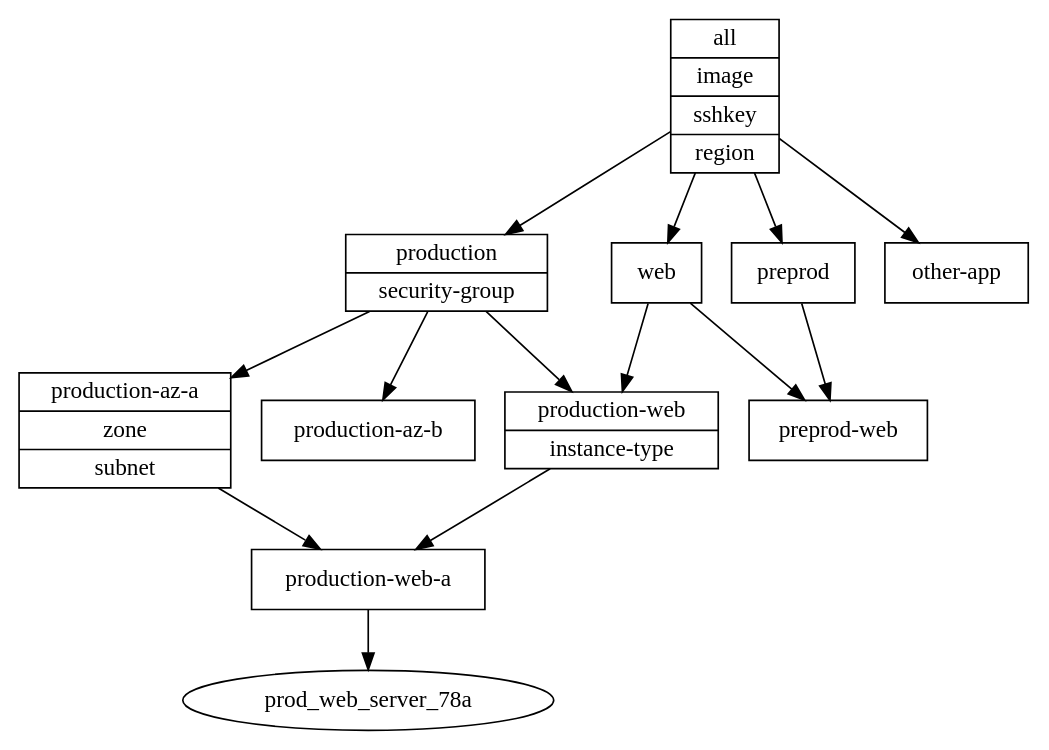
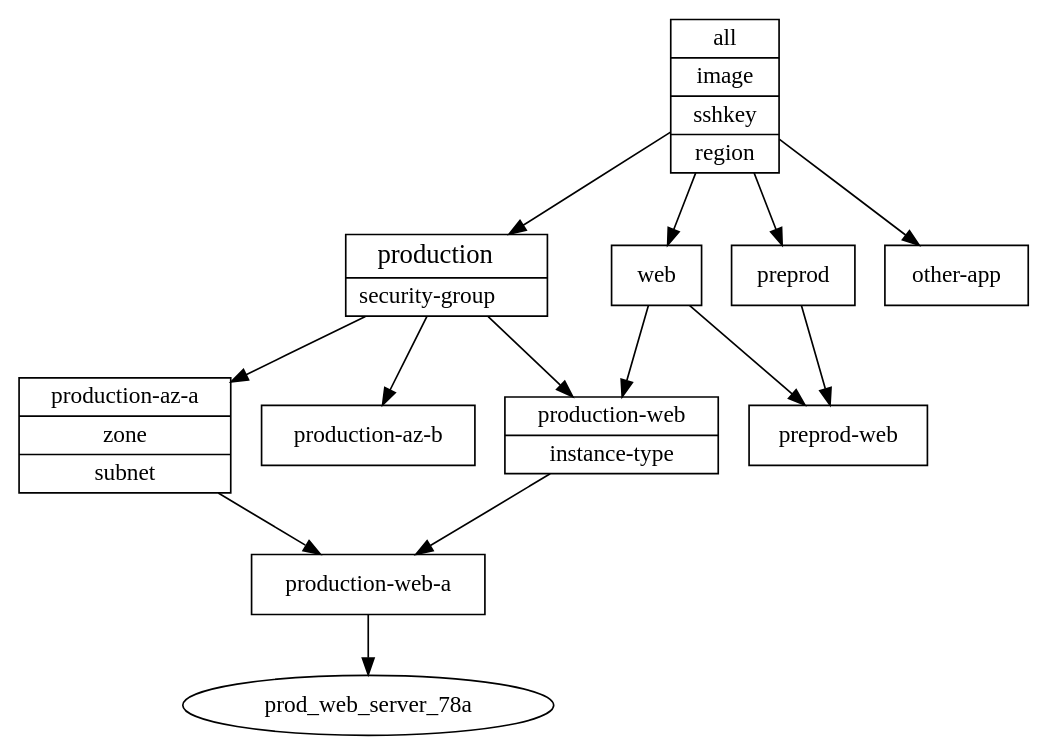
The diagram in dot/inventory.dot (willthames/willthames.github.io), drawn with Graphviz before and after one commit.

Commit message:
Attempted to improve labels for nodes

```diff
--- a/dot/inventory.dot
+++ b/dot/inventory.dot
@@ -1,26 +1,26 @@
 digraph inventory { 
   all -> production;
   all -> preprod;
   all -> web;
   all -> other_app;
   production -> production_az_a;
   production -> production_az_b;
   production -> production_web;
   web -> production_web
   web -> preprod_web
   preprod -> preprod_web;
   production_az_a -> production_web_a;
   production_web_a -> prod_web_server_78a;
   production_web -> production_web_a;
-  production [shape=record; label="{production|security-group}"]
+  production [shape=record; label=<{<font face="Times-New-Roman" point-size="16">production</font>|security-group}>]
   production_web [shape=record; label="{production-web|instance-type}"]
   preprod_web [shape=record; label="preprod-web"]
   production_web_a [shape=record; label="production-web-a"]
   production_az_a [shape=record; label="{production-az-a|zone|subnet}"]
   production_az_b [shape=record; label="production-az-b"]
   web [shape=record; label="web"]
   all [shape=record; label="{all|image|sshkey|region}"]
   other_app [shape=record; label="other-app"]
   preprod [shape=record; label="preprod"]
 
 }
```
